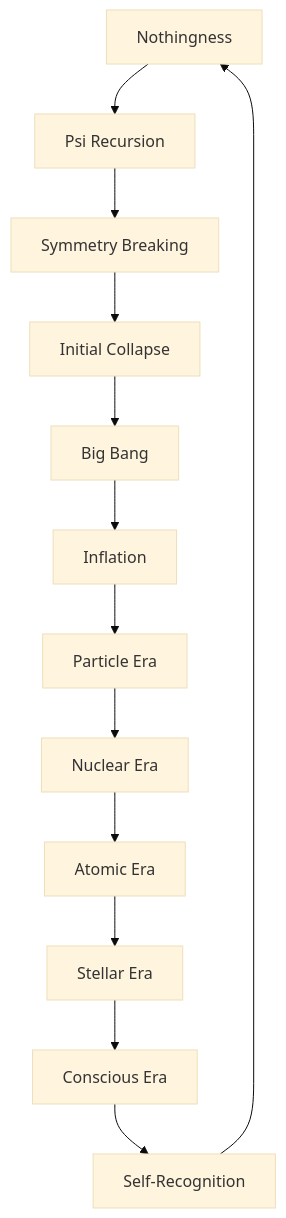
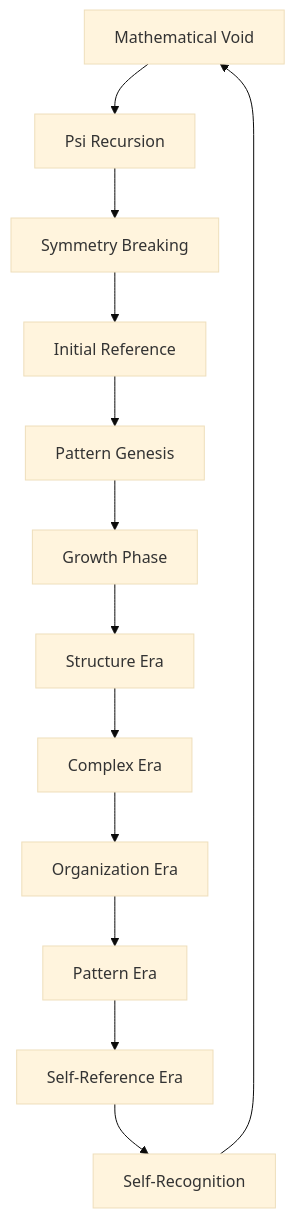
Before and after one commit to loning/the-phys: the second of 2 diagrams in docs/psi-structum/book-1-collapse-ontology/part-04-quantum-gravity/chapter-058-big-bang-initial-collapse.md, drawn with Mermaid (base theme). The commit also changed other lines of this file and 19 other files, not shown here.

````diff
--- a/docs/psi-structum/book-1-collapse-ontology/part-04-quantum-gravity/chapter-058-big-bang-initial-collapse.md
+++ b/docs/psi-structum/book-1-collapse-ontology/part-04-quantum-gravity/chapter-058-big-bang-initial-collapse.md
@@ -197,15 +229,15 @@
 ```mermaid
 graph TD
-    A[Nothingness] --> B[Psi Recursion]
+    A[Mathematical Void] --> B[Psi Recursion]
     B --> C[Symmetry Breaking]
-    C --> D[Initial Collapse]
-    D --> E[Big Bang]
-    E --> F[Inflation]
-    F --> G[Particle Era]
-    G --> H[Nuclear Era]
-    H --> I[Atomic Era]
-    I --> J[Stellar Era]
-    J --> K[Conscious Era]
+    C --> D[Initial Reference]
+    D --> E[Pattern Genesis]
+    E --> F[Growth Phase]
+    F --> G[Structure Era]
+    G --> H[Complex Era]
+    H --> I[Organization Era]
+    I --> J[Pattern Era]
+    J --> K[Self-Reference Era]
     K --> L[Self-Recognition]
     L --> A
 ```
````
